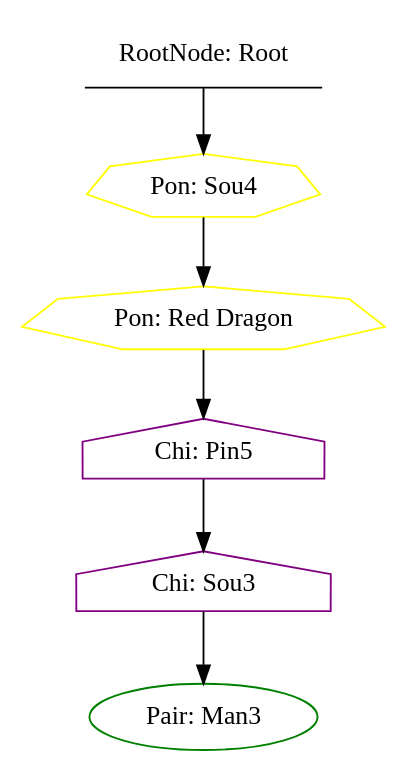
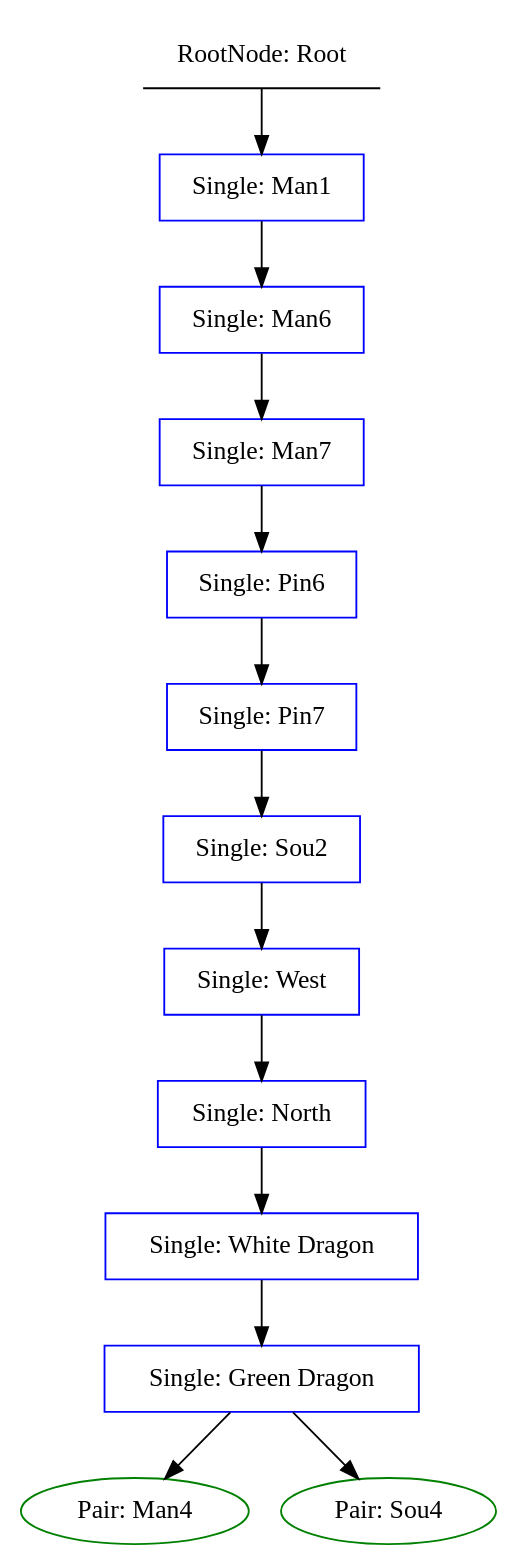
Before and after one commit to realliance/RiichiRoyale: the diagram in tools/mahjongShuffle/hand.gv, drawn with Graphviz. The commit also changed 24 other files, not shown here.

```diff
--- a/tools/mahjongShuffle/hand.gv
+++ b/tools/mahjongShuffle/hand.gv
@@ -1,14 +1,28 @@
 digraph {
   0 [label="RootNode: Root",shape=underline,color=black];
-  1 [label="Pon: Sou4",shape=septagon,color=yellow];
-  2 [label="Pon: Red Dragon",shape=septagon,color=yellow];
-  3 [label="Chi: Pin5",shape=house,color=purple];
-  4 [label="Chi: Sou3",shape=house,color=purple];
-  5 [label="Pair: Man3",shape=oval,color=green];
+  1 [label="Single: Man1",shape=box,color=blue];
+  2 [label="Single: Man6",shape=box,color=blue];
+  3 [label="Single: Man7",shape=box,color=blue];
+  4 [label="Single: Pin6",shape=box,color=blue];
+  5 [label="Single: Pin7",shape=box,color=blue];
+  6 [label="Single: Sou2",shape=box,color=blue];
+  7 [label="Single: West",shape=box,color=blue];
+  8 [label="Single: North",shape=box,color=blue];
+  9 [label="Single: White Dragon",shape=box,color=blue];
+  10 [label="Single: Green Dragon",shape=box,color=blue];
+  11 [label="Pair: Man4",shape=oval,color=green];
+  12 [label="Pair: Sou4",shape=oval,color=green];
 
   0 -> 1;
   1 -> 2;
   2 -> 3;
   3 -> 4;
   4 -> 5;
+  5 -> 6;
+  6 -> 7;
+  7 -> 8;
+  8 -> 9;
+  9 -> 10;
+  10 -> 11;
+  10 -> 12;
 }
```
